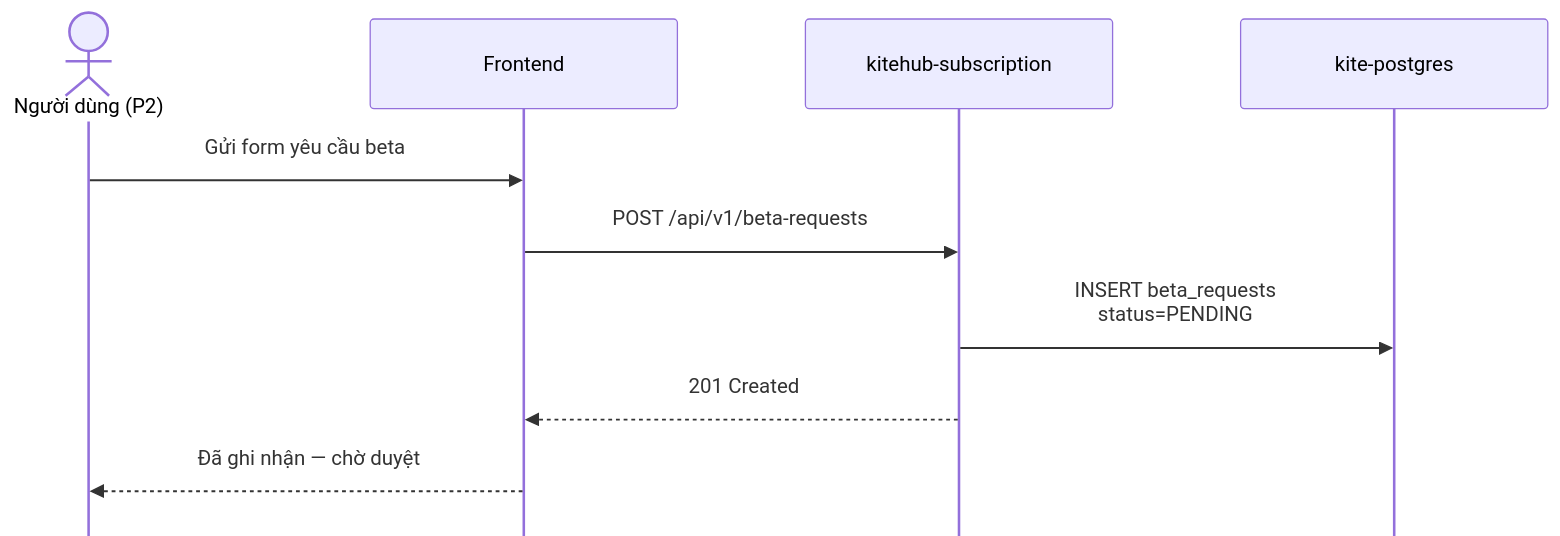
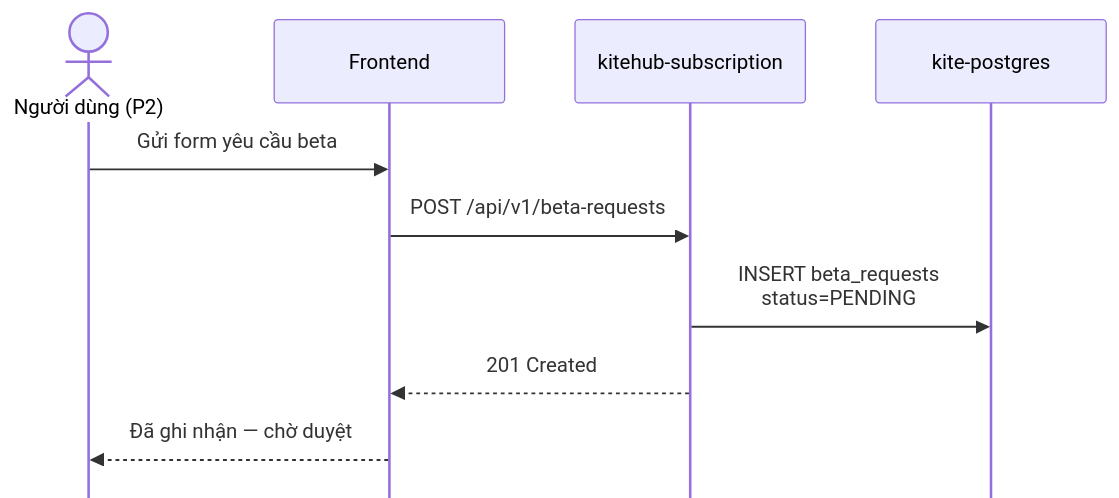
Diagram 12 of 14 in documents/08-thesis/chapter-2-system-architecture.md (VictorAurelius/2026-Kite-Class-Platform), drawn with Mermaid before and after one commit. The commit also changed other lines of this file and 157 other files, not shown here.

````diff
--- a/documents/08-thesis/chapter-2-system-architecture.md
+++ b/documents/08-thesis/chapter-2-system-architecture.md
@@ -600,14 +779,14 @@
 ```mermaid
-%%{init: {"sequence": {"diagramMarginX": 50, "diagramMarginY": 25, "actorMargin": 100, "width": 240, "height": 70, "boxMargin": 18, "boxTextMargin": 10, "noteMargin": 15, "messageMargin": 50, "mirrorActors": false}, "themeVariables": {"fontSize": "28px", "messageFontSize": "26px", "noteFontSize": "26px"}}}%%
+%%{init: {"sequence": {"diagramMarginX": 30, "diagramMarginY": 20, "actorMargin": 55, "width": 180, "height": 65, "boxMargin": 14, "boxTextMargin": 8, "noteMargin": 12, "messageMargin": 40, "mirrorActors": false, "wrap": true}, "themeVariables": {"fontSize": "36px", "messageFontSize": "34px", "noteFontSize": "34px"}}}%%
 sequenceDiagram
     actor U as Người dùng (P2)
     participant FE as Frontend
     participant API as kitehub-subscription
     participant DB as kite-postgres
 
     U->>FE: Gửi form yêu cầu beta
     FE->>API: POST /api/v1/beta-requests
-    API->>DB: INSERT beta_requests<br/>status=PENDING
+    API->>DB: INSERT beta_requests status=PENDING
     API-->>FE: 201 Created
     FE-->>U: Đã ghi nhận — chờ duyệt
 ```
````
